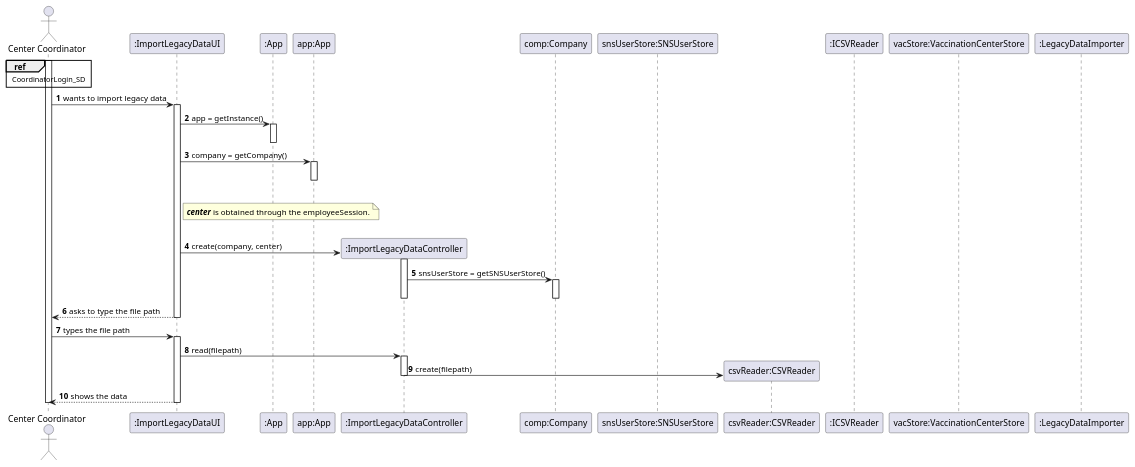
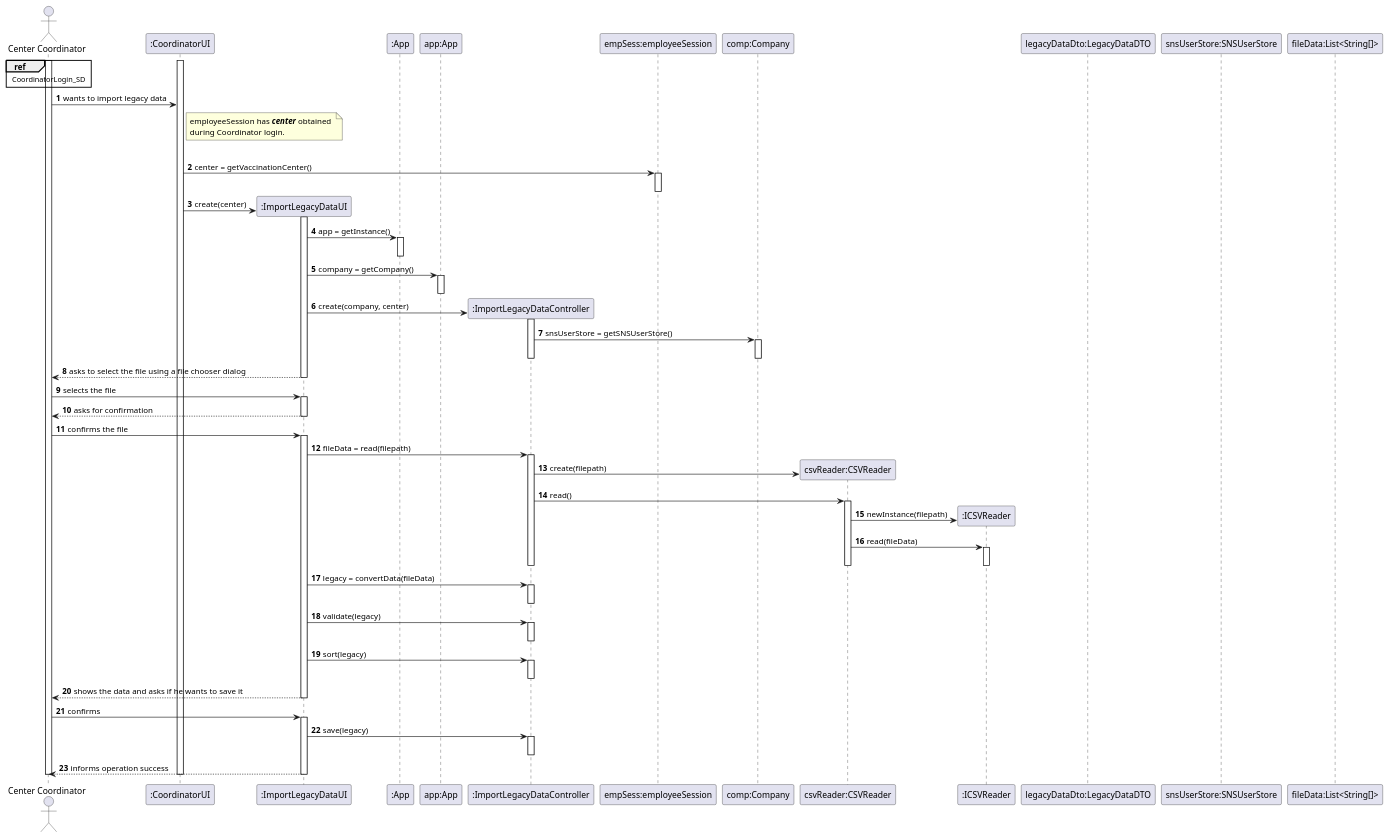
Before and after one commit to miseEnPlace-i/lapr2: the diagram in docs/SprintD/US17/SD/US17_SD.puml, drawn with PlantUML. The commit also changed 1 other file, not shown here.

```diff
--- a/docs/SprintD/US17/SD/US17_SD.puml
+++ b/docs/SprintD/US17/SD/US17_SD.puml
@@ -1,72 +1,115 @@
 @startuml US17_SD
 autonumber
 
 actor "Center Coordinator" as COORDINATOR
 
+participant ":CoordinatorUI" as CUI
 participant ":ImportLegacyDataUI" as UI
 participant ":App" as _APP
 participant "app:App" as APP
 participant ":ImportLegacyDataController" as CTRL
+participant "empSess:employeeSession" as SESSION
 participant "comp:Company" as COMPANY
-participant "snsUserStore:SNSUserStore" as SNSSTORE
 participant "csvReader:CSVReader" as CSVREADER
 participant ":ICSVReader" as ICSV
-participant "vacStore:VaccinationCenterStore" as VACSTORE
-participant ":LegacyDataImporter" as IMPORT
+participant "legacyDataDto:LegacyDataDTO" as DTO
+participant "snsUserStore:SNSUserStore" as SNSSTORE
+' participant "vacStore:VaccinationCenterStore" as VACSTORE
+participant "fileData:List<String[]>" as LIST_FILEDATA
 
 activate COORDINATOR
   ref over COORDINATOR
     ' !include ../../CoordinatorLogin_SD.puml!
     ' ![[../../CoordinatorLogin_SD.puml]]
     ' ![[../../CoordinatorLogin_SD.svg]]
     CoordinatorLogin_SD
   end ref
 
-  COORDINATOR -> UI : wants to import legacy data
-  activate UI
+  activate CUI
+  COORDINATOR -> CUI : wants to import legacy data
 
-    UI -> _APP : app = getInstance()
-    activate _APP
-    deactivate _APP
+      note right of CUI
+        employeeSession has <i><b>center</b></i> obtained 
+        during Coordinator login.
+      end note
 
-    UI -> APP : company = getCompany()
-    activate APP
-    deactivate APP
+      |||
 
-    |||
+    CUI -> SESSION : center = getVaccinationCenter()
+    activate SESSION
+    deactivate SESSION
 
-    note right of UI
-      <i><b>center</b></i> is obtained through the employeeSession.
-' Also see: <i>CoordinatorLogin_SD</i>
-    end note
+    CUI -> UI ** : create(center)
+    activate UI
 
-    |||
+      UI -> _APP : app = getInstance()
+      activate _APP
+      deactivate _APP
 
-    UI -> CTRL ** : create(company, center)
-    activate CTRL
-      CTRL -> COMPANY : snsUserStore = getSNSUserStore()
-      activate COMPANY
-      deactivate COMPANY
-    deactivate CTRL
+      UI -> APP : company = getCompany()
+      activate APP
+      deactivate APP
+
+      UI -> CTRL ** : create(company, center)
+      activate CTRL
+        CTRL -> COMPANY : snsUserStore = getSNSUserStore()
+        activate COMPANY
+        deactivate COMPANY
+      deactivate CTRL
+      
+      COORDINATOR <-- UI : asks to select the file using a file chooser dialog
+    deactivate UI
+
+    COORDINATOR -> UI : selects the file
+    activate UI
+      COORDINATOR <-- UI : asks for confirmation
+    deactivate UI
+    COORDINATOR -> UI : confirms the file
+    activate UI
     
-    COORDINATOR <-- UI : asks to type the file path
-  deactivate UI
+      ' read data
 
-  COORDINATOR -> UI : types the file path
-  activate UI
+      UI -> CTRL : fileData = read(filepath)
+      activate CTRL
+        CTRL -> CSVREADER ** : create(filepath)
 
-    ' read data
+        CTRL -> CSVREADER : read()
+        activate CSVREADER
+          CSVREADER -> ICSV ** : newInstance(filepath)
+          CSVREADER -> ICSV : read(fileData)
+          activate ICSV
+          deactivate ICSV
+        deactivate CSVREADER
 
-    UI -> CTRL : read(filepath)
-    activate CTRL
-      CTRL -> CSVREADER ** : create(filepath)
-    deactivate CTRL
+      deactivate CTRL
 
-    ' process data
+      ' process data
+      UI -> CTRL : legacy = convertData(fileData)
+      activate CTRL
+      deactivate CTRL
 
-    ' convert to dto and send it to ui
+      UI -> CTRL : validate(legacy)
+      activate CTRL
+      deactivate CTRL
 
-    COORDINATOR <-- UI : shows the data
-  deactivate UI
+      UI -> CTRL : sort(legacy)
+      activate CTRL
+      deactivate CTRL
+
+      ' convert to list dto and send it to ui
+
+      COORDINATOR <-- UI : shows the data and asks if he wants to save it
+    deactivate UI
+
+    COORDINATOR -> UI : confirms
+    activate UI
+      UI -> CTRL : save(legacy)
+      activate CTRL
+        ' gg
+      deactivate CTRL
+      COORDINATOR <-- UI : informs operation success
+    deactivate UI
+
+  deactivate CUI
 deactivate COORDINATOR
 @enduml
```
